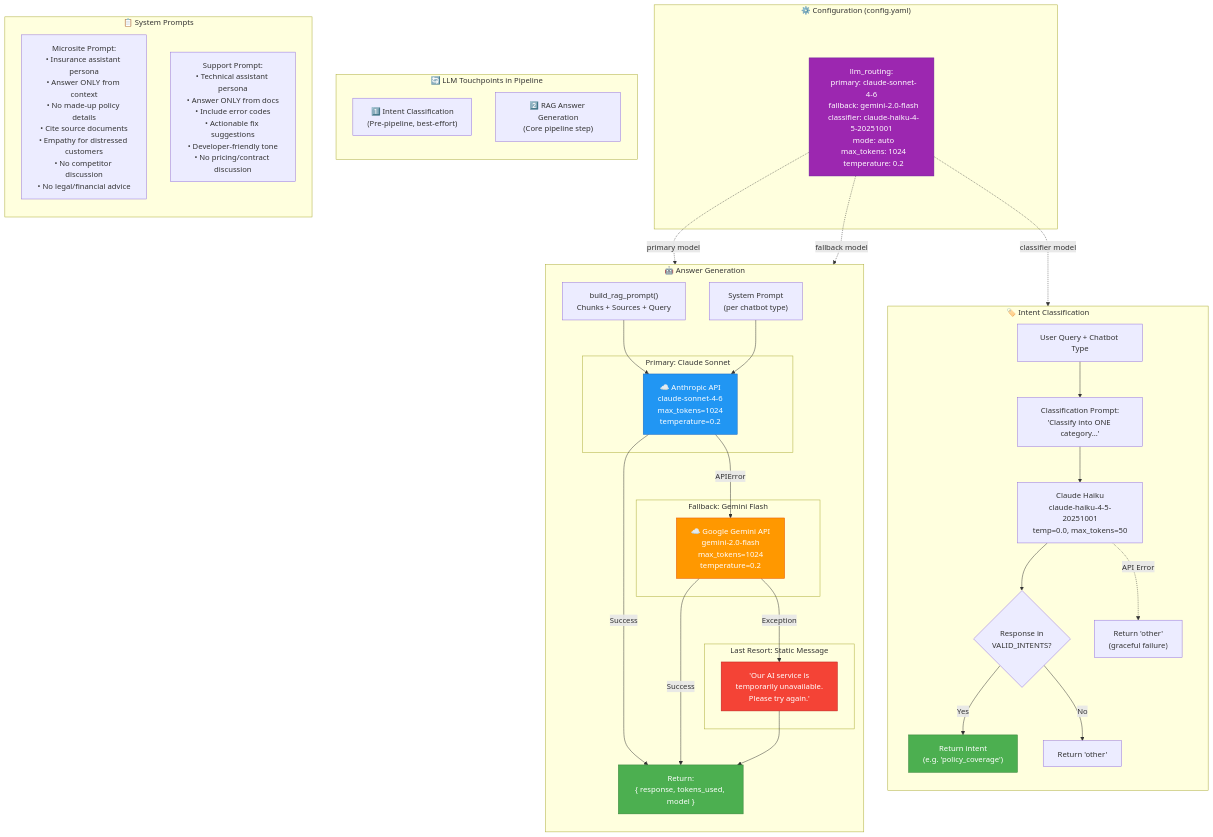
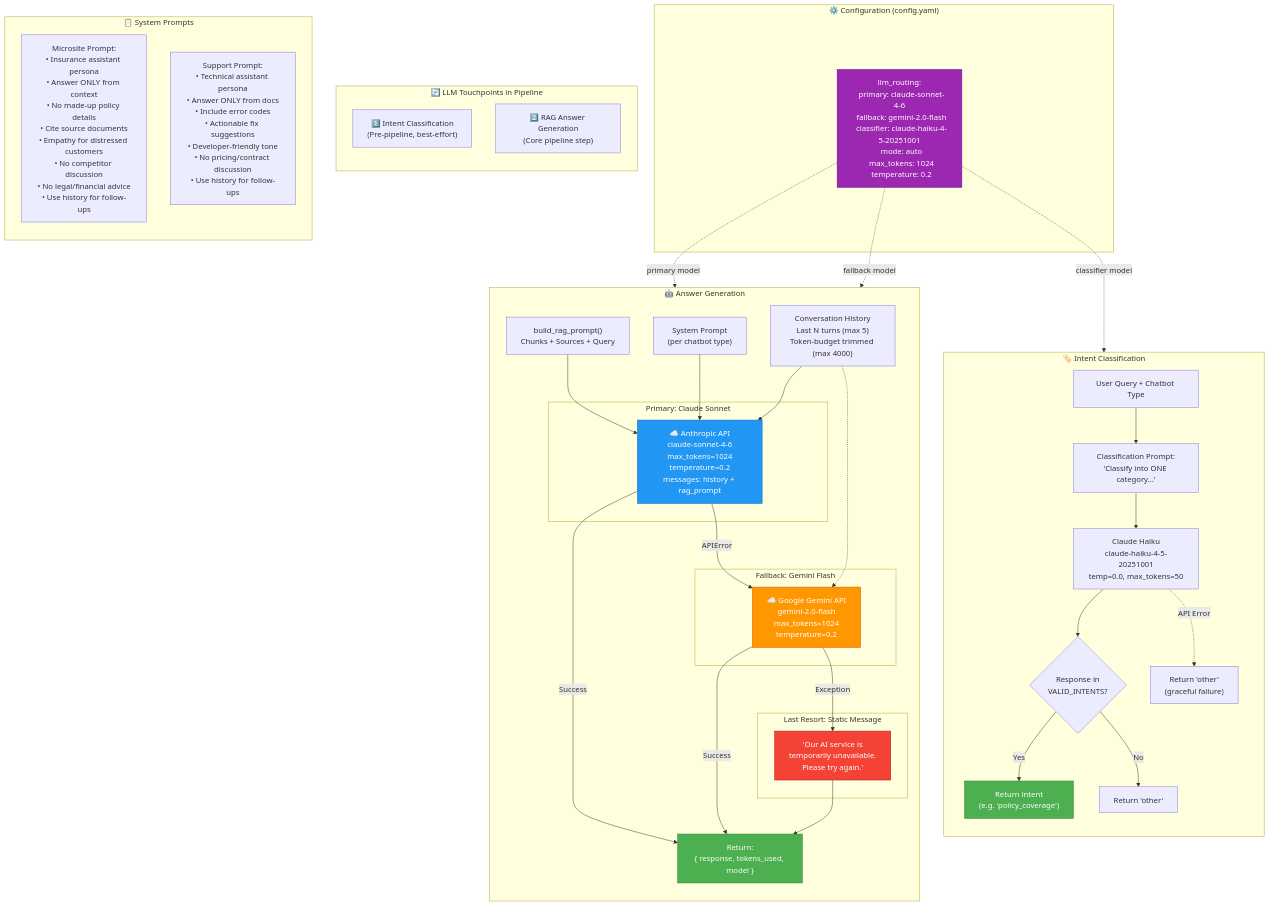
One commit to rajrkdev/ai-lab changed the diagram in prd/docs/diagrams/08-llm-routing.mmd. Above: the diagram before and after it, drawn with Mermaid. The commit also changed 16 other files, not shown here.

First line of the commit message:
feat: implement multi-turn conversation support

```diff
--- a/prd/docs/diagrams/08-llm-routing.mmd
+++ b/prd/docs/diagrams/08-llm-routing.mmd
@@ -1,82 +1,85 @@
 %% InsureChat v3.0 — LLM Routing & Fallback Chain
 %% Shows model selection, primary/fallback logic, and all LLM touchpoints
 
 graph TB
     subgraph Config["⚙️ Configuration (config.yaml)"]
         CFG["llm_routing:<br/>  primary: claude-sonnet-4-6<br/>  fallback: gemini-2.0-flash<br/>  classifier: claude-haiku-4-5-20251001<br/>  mode: auto<br/>  max_tokens: 1024<br/>  temperature: 0.2"]
     end
 
     subgraph Pipeline["🔄 LLM Touchpoints in Pipeline"]
         direction TB
         TP1["1️⃣ Intent Classification<br/>(Pre-pipeline, best-effort)"]
         TP2["2️⃣ RAG Answer Generation<br/>(Core pipeline step)"]
     end
 
     subgraph Classification["🏷️ Intent Classification"]
         direction TB
         CQ["User Query + Chatbot Type"]
         CP["Classification Prompt:<br/>'Classify into ONE category...'"]
         CH["Claude Haiku<br/>claude-haiku-4-5-20251001<br/>temp=0.0, max_tokens=50"]
         CV{"Response in<br/>VALID_INTENTS?"}
         CI_OK["Return intent<br/>(e.g. 'policy_coverage')"]
         CI_OTHER["Return 'other'"]
         CI_ERR["Return 'other'<br/>(graceful failure)"]
     end
 
     subgraph Generation["🤖 Answer Generation"]
         direction TB
         
         RP["build_rag_prompt()<br/>Chunks + Sources + Query"]
         SP["System Prompt<br/>(per chatbot type)"]
+        HIST["Conversation History<br/>Last N turns (max 5)<br/>Token-budget trimmed (max 4000)"]
         
         subgraph Primary["Primary: Claude Sonnet"]
-            CLAUDE["☁️ Anthropic API<br/>claude-sonnet-4-6<br/>max_tokens=1024<br/>temperature=0.2"]
+            CLAUDE["☁️ Anthropic API<br/>claude-sonnet-4-6<br/>max_tokens=1024<br/>temperature=0.2<br/>messages: history + rag_prompt"]
         end
         
         subgraph Fallback["Fallback: Gemini Flash"]
             GEMINI["☁️ Google Gemini API<br/>gemini-2.0-flash<br/>max_tokens=1024<br/>temperature=0.2"]
         end
         
         subgraph LastResort["Last Resort: Static Message"]
             STATIC["'Our AI service is<br/>temporarily unavailable.<br/>Please try again.'"]
         end
 
         RESULT["Return:<br/>{ response, tokens_used, model }"]
     end
 
     subgraph Prompts["📋 System Prompts"]
         direction TB
-        PM["Microsite Prompt:<br/>• Insurance assistant persona<br/>• Answer ONLY from context<br/>• No made-up policy details<br/>• Cite source documents<br/>• Empathy for distressed customers<br/>• No competitor discussion<br/>• No legal/financial advice"]
-        PS["Support Prompt:<br/>• Technical assistant persona<br/>• Answer ONLY from docs<br/>• Include error codes<br/>• Actionable fix suggestions<br/>• Developer-friendly tone<br/>• No pricing/contract discussion"]
+        PM["Microsite Prompt:<br/>• Insurance assistant persona<br/>• Answer ONLY from context<br/>• No made-up policy details<br/>• Cite source documents<br/>• Empathy for distressed customers<br/>• No competitor discussion<br/>• No legal/financial advice<br/>• Use history for follow-ups"]
+        PS["Support Prompt:<br/>• Technical assistant persona<br/>• Answer ONLY from docs<br/>• Include error codes<br/>• Actionable fix suggestions<br/>• Developer-friendly tone<br/>• No pricing/contract discussion<br/>• Use history for follow-ups"]
     end
 
     CQ --> CP
     CP --> CH
     CH --> CV
     CV -->|Yes| CI_OK
     CV -->|No| CI_OTHER
     CH -.->|API Error| CI_ERR
 
     RP --> CLAUDE
     SP --> CLAUDE
+    HIST --> CLAUDE
+    HIST -.-> GEMINI
     CLAUDE -->|Success| RESULT
     CLAUDE -->|APIError| GEMINI
     GEMINI -->|Success| RESULT
     GEMINI -->|Exception| STATIC
     STATIC --> RESULT
 
     CFG -.->|"primary model"| CLAUDE
     CFG -.->|"fallback model"| GEMINI
     CFG -.->|"classifier model"| CH
 
     classDef primary fill:#2196F3,stroke:#1565C0,color:#fff
     classDef fallback fill:#FF9800,stroke:#E65100,color:#fff
     classDef error fill:#F44336,stroke:#B71C1C,color:#fff
     classDef config fill:#9C27B0,stroke:#6A1B9A,color:#fff
     classDef success fill:#4CAF50,stroke:#2E7D32,color:#fff
 
     class CLAUDE primary
     class GEMINI fallback
     class STATIC error
     class CFG config
     class CI_OK,RESULT success
```
